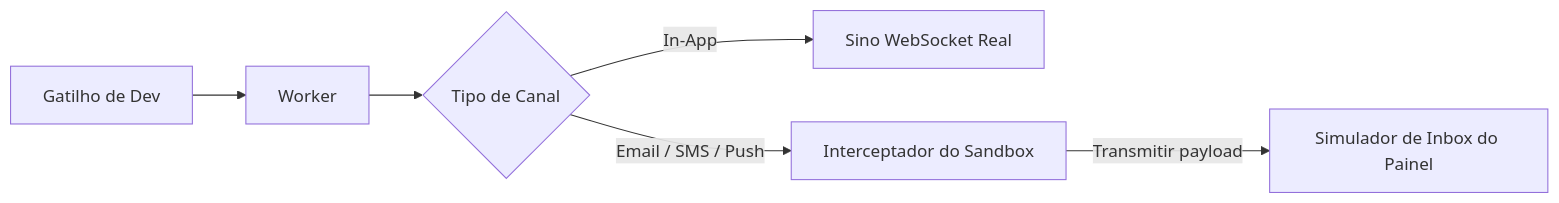
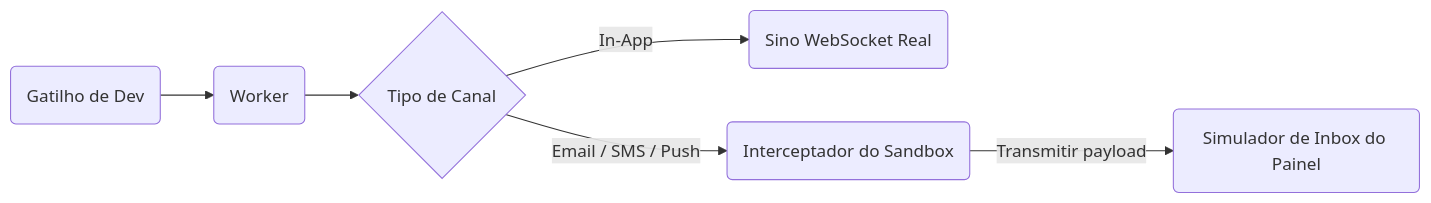
The first of 2 diagrams in content/docs/pt/platform/getting-started/environments.mdx (KriyanshKhunt/nexus_docs), drawn with Mermaid before and after one commit. The commit also changed 25 other files, not shown here.

Commit message:
Handle en Mermaid charts

````diff
--- a/content/docs/pt/platform/getting-started/environments.mdx
+++ b/content/docs/pt/platform/getting-started/environments.mdx
@@ -32,8 +32,8 @@
 ```mermaid
 flowchart LR
-    Trigger[Gatilho de Dev] --> Worker[Worker]
+    Trigger(Gatilho de Dev) --> Worker(Worker)
     Worker --> Channel{Tipo de Canal}
-    Channel -->|In-App| WebSocket[Sino WebSocket Real]
-    Channel -->|Email / SMS / Push| Sandbox[Interceptador do Sandbox]
-    Sandbox -->|Transmitir payload| UI[Simulador de Inbox do Painel]
+    Channel -->|In-App| WebSocket(Sino WebSocket Real)
+    Channel -->|Email / SMS / Push| Sandbox(Interceptador do Sandbox)
+    Sandbox -->|Transmitir payload| UI(Simulador de Inbox do Painel)
 ```
````
